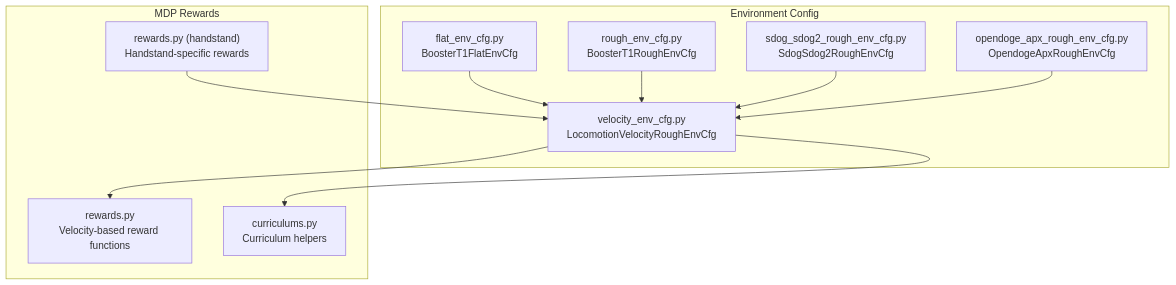
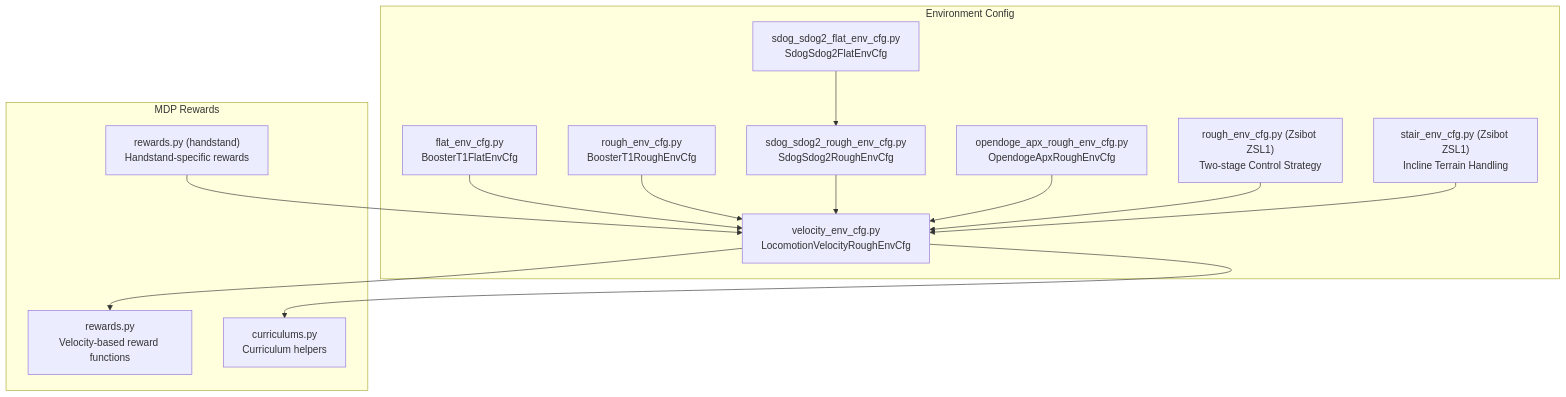
One commit to jayjayhust/robot_lab changed the first of 9 diagrams in .qoder/repowiki/en/content/Task Configuration Framework/Velocity-Based Locomotion Tasks/Reward Functions and Shaping.md. Above: the diagram before and after it, drawn with Mermaid. The commit also changed other lines of this file and 21 other files, not shown here.

Commit message:
add stair config for zsl1

````diff
--- a/.qoder/repowiki/en/content/Task Configuration Framework/Velocity-Based Locomotion Tasks/Reward Functions and Shaping.md
+++ b/.qoder/repowiki/en/content/Task Configuration Framework/Velocity-Based Locomotion Tasks/Reward Functions and Shaping.md
@@ -47,22 +62,28 @@
 ```mermaid
 graph TB
 subgraph "Environment Config"
 VCFG["velocity_env_cfg.py<br/>LocomotionVelocityRoughEnvCfg"]
 FCfg["flat_env_cfg.py<br/>BoosterT1FlatEnvCfg"]
 RCfg["rough_env_cfg.py<br/>BoosterT1RoughEnvCfg"]
 SdogCfg["sdog_sdog2_rough_env_cfg.py<br/>SdogSdog2RoughEnvCfg"]
+SdogFlat["sdog_sdog2_flat_env_cfg.py<br/>SdogSdog2FlatEnvCfg"]
 ApxCfg["opendoge_apx_rough_env_cfg.py<br/>OpendogeApxRoughEnvCfg"]
+ZSL1Rough["rough_env_cfg.py (Zsibot ZSL1)<br/>Two-stage Control Strategy"]
+ZSL1Stair["stair_env_cfg.py (Zsibot ZSL1)<br/>Incline Terrain Handling"]
 end
 subgraph "MDP Rewards"
 RImpl["rewards.py<br/>Velocity-based reward functions"]
 Cur["curriculums.py<br/>Curriculum helpers"]
 HS["rewards.py (handstand)<br/>Handstand-specific rewards"]
 end
 VCFG --> RImpl
 VCFG --> Cur
 FCfg --> VCFG
 RCfg --> VCFG
 SdogCfg --> VCFG
+SdogFlat --> SdogCfg
 ApxCfg --> VCFG
+ZSL1Rough --> VCFG
+ZSL1Stair --> VCFG
 HS --> VCFG
 ```
````
